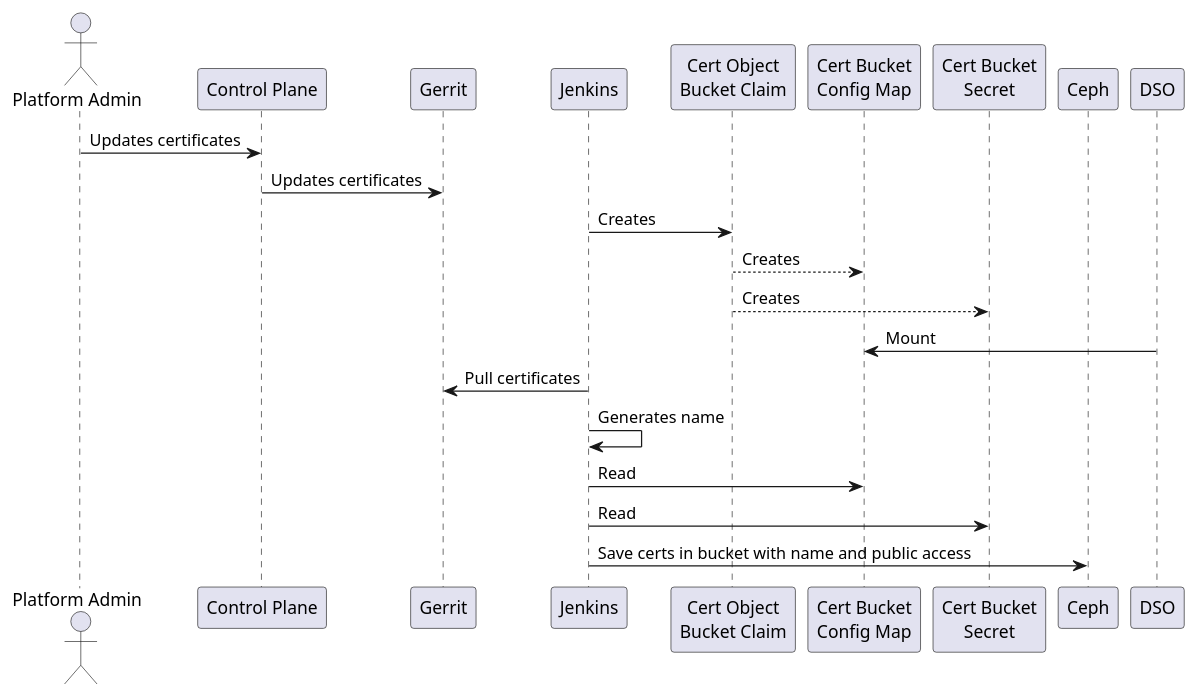
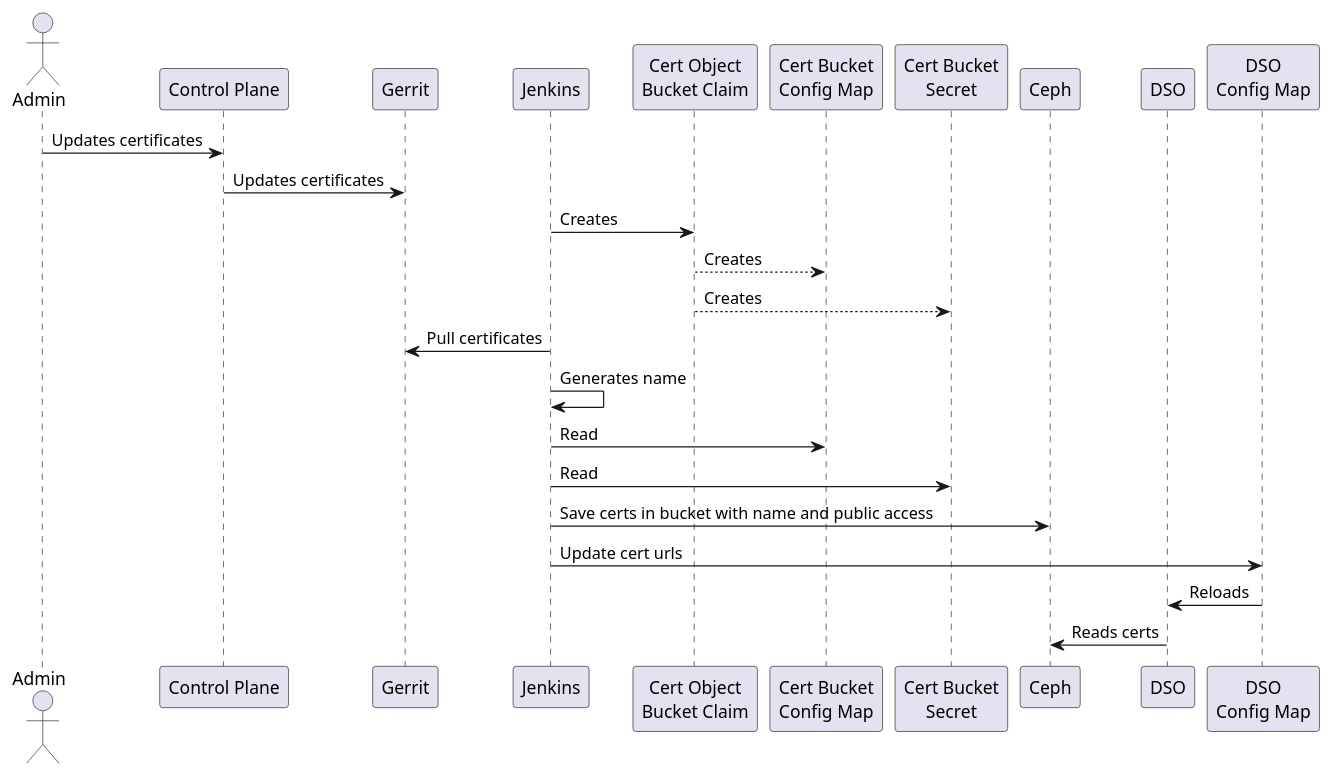
Before and after one commit to epam/edp-ddm-architecture: the diagram in docs/ua/modules/arch/pages/architecture-workspace/platform-evolution/dso-cert-mng/dso-cert-mng.adoc, drawn with PlantUML. The commit also changed other lines of this file, not shown here.

Commit message:
[EDP-DDM-29793] Add dso cert mng first version

```diff
--- a/docs/ua/modules/arch/pages/architecture-workspace/platform-evolution/dso-cert-mng/dso-cert-mng.adoc
+++ b/docs/ua/modules/arch/pages/architecture-workspace/platform-evolution/dso-cert-mng/dso-cert-mng.adoc
@@ -47,28 +51,31 @@
 [plantuml, dso-cert-mng, svg]
 ----
 @startuml
-actor "Platform Admin" as admin
+actor "Admin" as admin
 participant "Control Plane" as cp
 participant "Gerrit" as gerrit
 participant "Jenkins" as jenkins
 participant "Cert Object\nBucket Claim" as obc
 participant "Cert Bucket\nConfig Map" as cm
 participant "Cert Bucket\nSecret" as secret
 participant "Ceph" as ceph
 participant "DSO" as dso
+participant "DSO\nConfig Map" as dso_config
 
 admin -> cp: Updates certificates
 cp -> gerrit: Updates certificates
 jenkins -> obc: Creates
 obc --> cm: Creates
 obc --> secret: Creates
-dso -> cm: Mount
 
 jenkins -> gerrit: Pull certificates
 jenkins -> jenkins: Generates name
 jenkins -> cm: Read
 jenkins -> secret: Read
 jenkins -> ceph: Save certs in bucket with name and public access
+jenkins -> dso_config: Update cert urls
+dso_config -> dso: Reloads
+dso -> ceph: Reads certs
 
 @enduml
 ----
```
